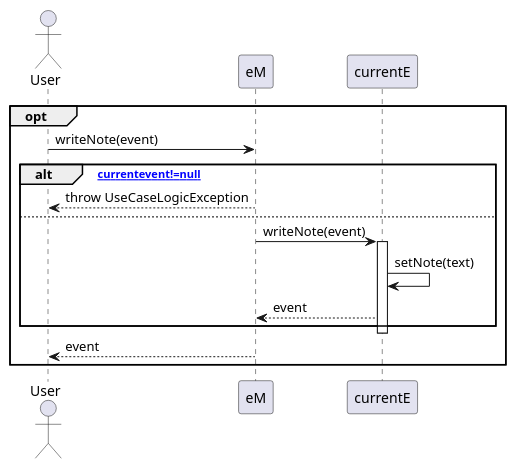
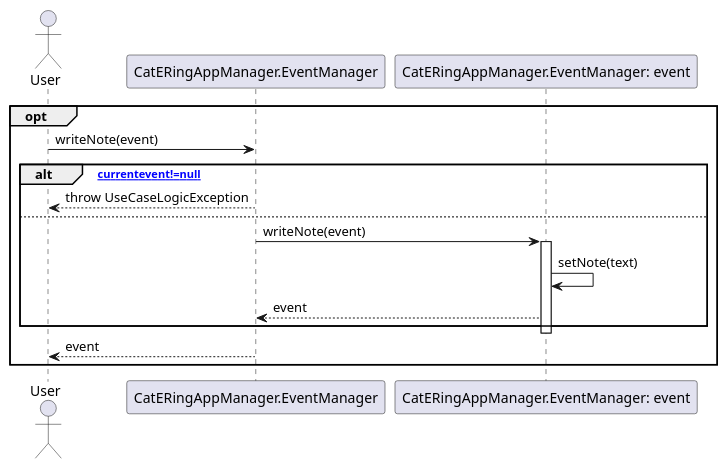
The diagram in dsd/dsd-eventi/scenarioPrincipale/noteEvento.md (m0canu1/sas), drawn with PlantUML before and after one commit. The commit also changed 7 other files, not shown here.

````diff
--- a/dsd/dsd-eventi/scenarioPrincipale/noteEvento.md
+++ b/dsd/dsd-eventi/scenarioPrincipale/noteEvento.md
@@ -1,26 +1,26 @@
 ```plantuml
 Actor User
-Participant eM
-Participant currentE
+Participant "CatERingAppManager.EventManager"
+Participant "CatERingAppManager.EventManager: event"
 
 opt
-    User -> eM: writeNote(event)
+    User -> "CatERingAppManager.EventManager": writeNote(event)
     
     alt [currentevent!=null]
-        eM --> User: throw UseCaseLogicException
+        "CatERingAppManager.EventManager" --> User: throw UseCaseLogicException
     else
-        eM -> currentE: writeNote(event)
-        Activate currentE
+        "CatERingAppManager.EventManager" -> "CatERingAppManager.EventManager: event": writeNote(event)
+        Activate "CatERingAppManager.EventManager: event"
 
-        currentE -> currentE: setNote(text)
+        "CatERingAppManager.EventManager: event" -> "CatERingAppManager.EventManager: event": setNote(text)
         
-        currentE --> eM: event
+        "CatERingAppManager.EventManager: event" --> "CatERingAppManager.EventManager": event
 
     end
-    Deactivate currentE
+    Deactivate "CatERingAppManager.EventManager: event"
 
-    eM --> User: event
+    "CatERingAppManager.EventManager" --> User: event
 
 end
 
 ```
````
